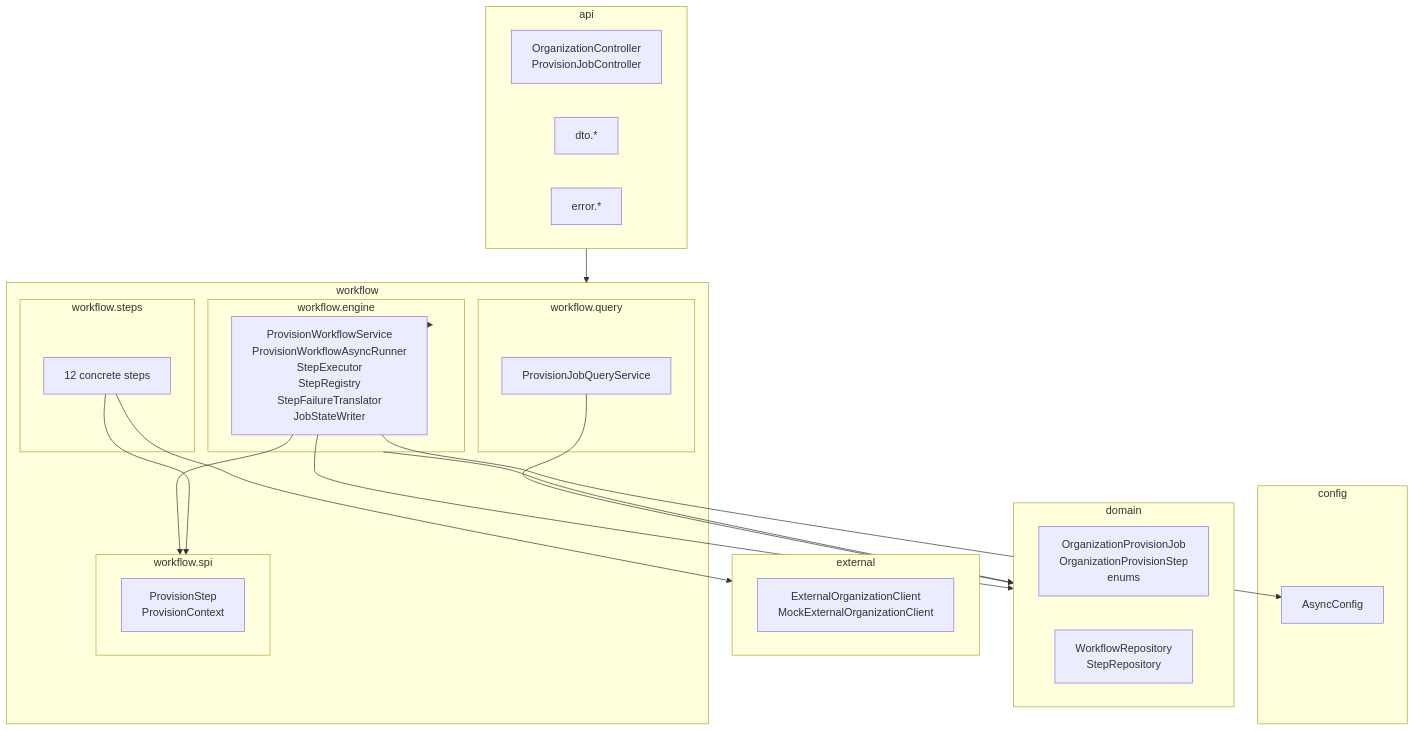
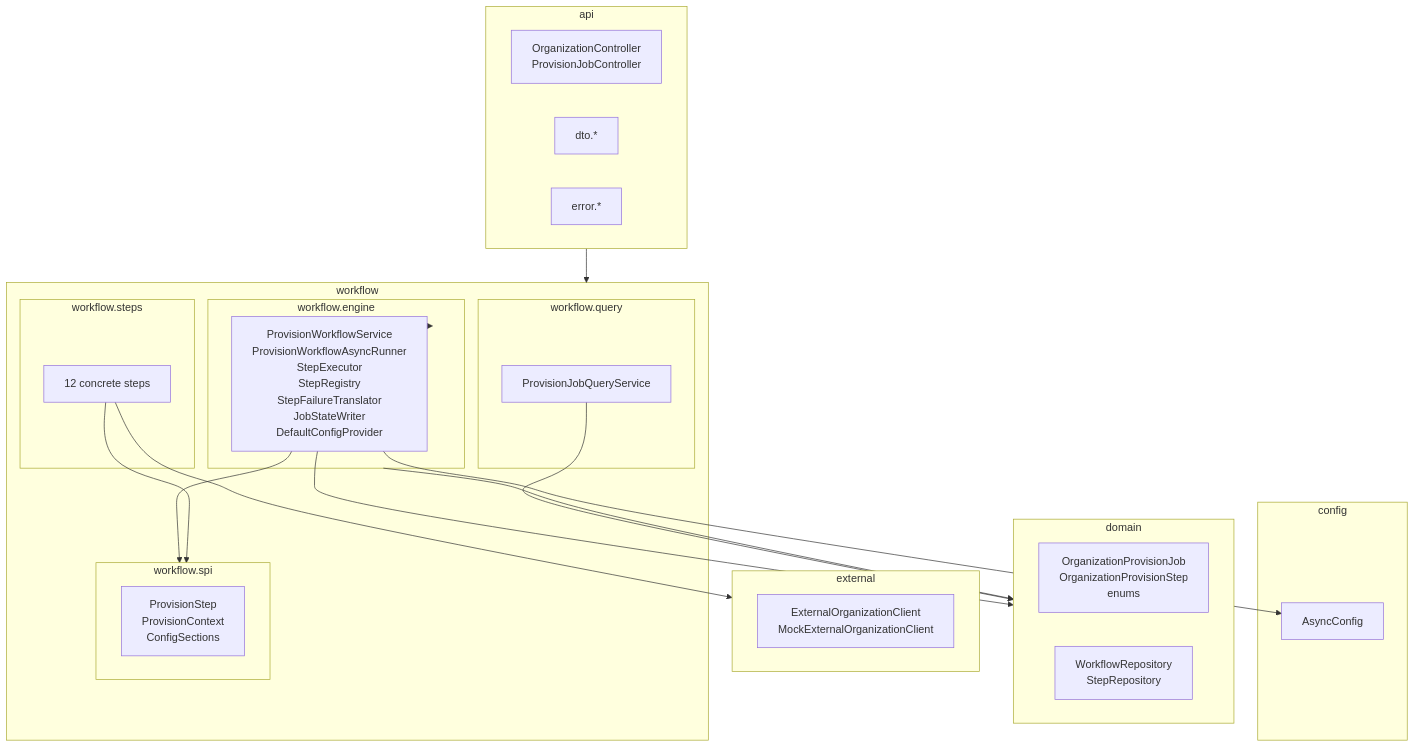
One commit to bora-arch/create-org-poc changed the first of 7 diagrams in docs/diagrams.md. Above: the diagram before and after it, drawn with Mermaid. The commit also changed other lines of this file and 23 other files, not shown here.

First line of the commit message:
Drive step skipping by orgType + default_config.json profiles

````diff
--- a/docs/diagrams.md
+++ b/docs/diagrams.md
@@ -7,46 +7,46 @@
 ```mermaid
 flowchart TB
     subgraph api["api"]
         controllers["OrganizationController<br/>ProvisionJobController"]
         dtos["dto.*"]
         errs["error.*"]
     end
 
     subgraph workflow["workflow"]
         subgraph spi["workflow.spi"]
-            step_iface["ProvisionStep<br/>ProvisionContext"]
+            step_iface["ProvisionStep<br/>ProvisionContext<br/>ConfigSections"]
         end
         subgraph engine["workflow.engine"]
-            orch["ProvisionWorkflowService<br/>ProvisionWorkflowAsyncRunner<br/>StepExecutor<br/>StepRegistry<br/>StepFailureTranslator<br/>JobStateWriter"]
+            orch["ProvisionWorkflowService<br/>ProvisionWorkflowAsyncRunner<br/>StepExecutor<br/>StepRegistry<br/>StepFailureTranslator<br/>JobStateWriter<br/>DefaultConfigProvider"]
         end
         subgraph steps["workflow.steps"]
             step_beans["12 concrete steps"]
         end
         subgraph query["workflow.query"]
             qs["ProvisionJobQueryService"]
         end
     end
 
     subgraph domain["domain"]
         entities["OrganizationProvisionJob<br/>OrganizationProvisionStep<br/>enums"]
         repos["WorkflowRepository<br/>StepRepository"]
     end
 
     subgraph external["external"]
         ext["ExternalOrganizationClient<br/>MockExternalOrganizationClient"]
     end
 
     subgraph config["config"]
         cfg["AsyncConfig"]
     end
 
     api --> workflow
     orch --> spi
     orch --> engine
     orch --> domain
     step_beans --> spi
     step_beans --> external
     qs --> domain
     engine --> domain
     orch --> cfg
 ```
````
